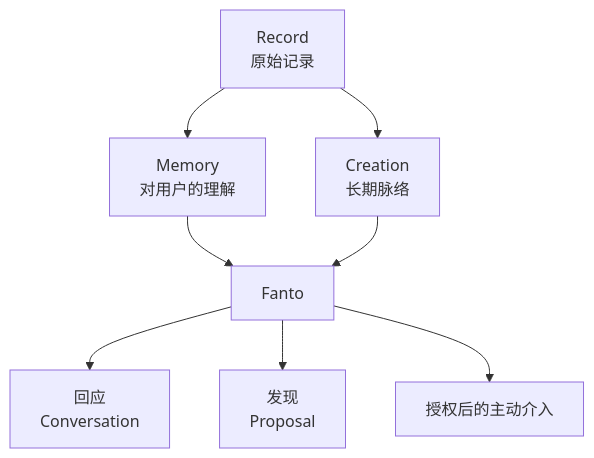
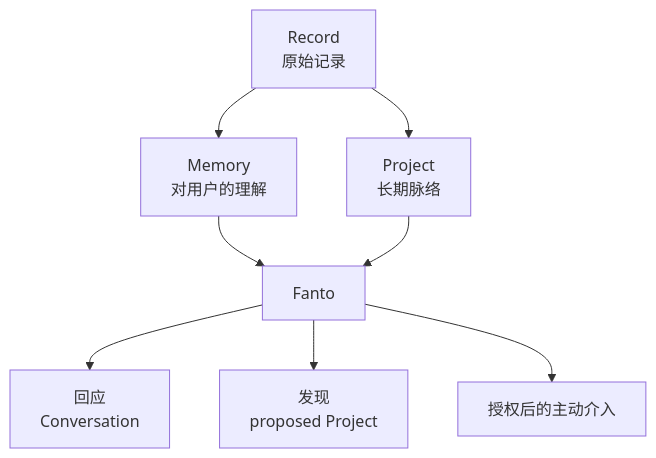
The diagram in docs/product/vision.md (huiru-wang/fanto), drawn with Mermaid before and after one commit. The commit also changed other lines of this file and 89 other files, not shown here.

````diff
--- a/docs/product/vision.md
+++ b/docs/product/vision.md
@@ -39,10 +39,10 @@
 ```mermaid
 flowchart TD
   R[Record<br/>原始记录] --> M[Memory<br/>对用户的理解]
-  R --> C[Creation<br/>长期脉络]
+  R --> C[Project<br/>长期脉络]
   M --> F[Fanto]
   C --> F
   F --> H[回应<br/>Conversation]
-  F --> D[发现<br/>Proposal]
+  F --> D[发现<br/>proposed Project]
   F --> P[授权后的主动介入]
 ```
````
